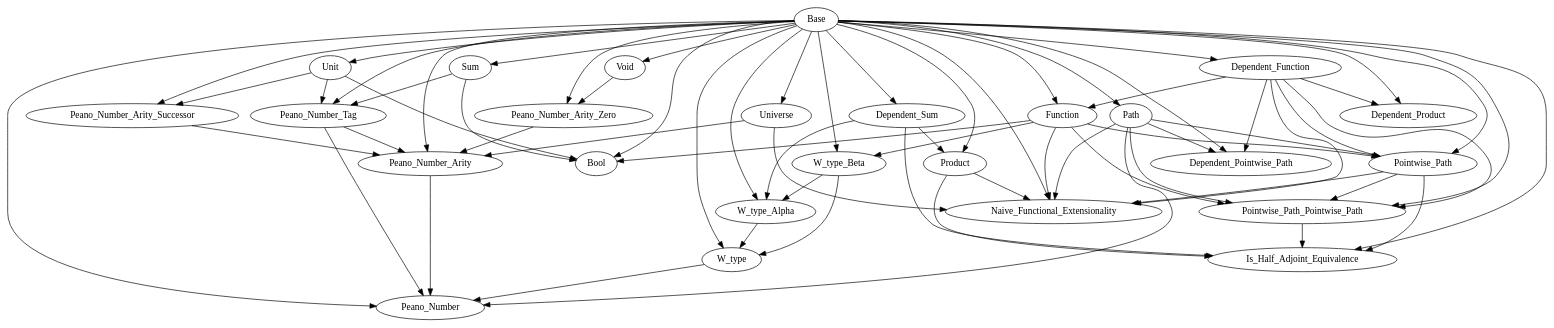
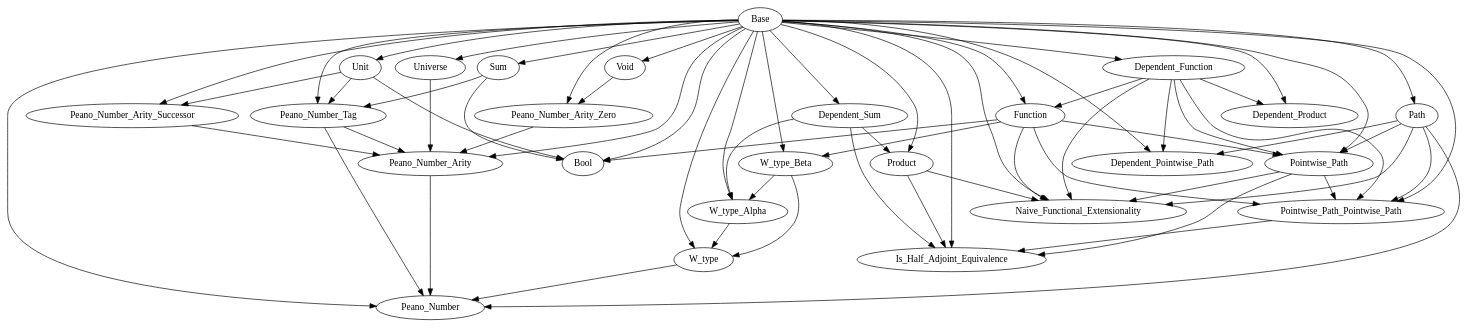
Before and after one commit to Hexirp/googology-in-coq: the diagram in libraries/dependencies.gv, drawn with Graphviz. The commit also changed 1 other file, not shown here.

Commit message:
Clear: Naive_Functional_Extensionality を

```diff
--- a/libraries/dependencies.gv
+++ b/libraries/dependencies.gv
@@ -1,93 +1,92 @@
 digraph Dependencies {
   # Base
   # Dependent_Function
   "Base" -> "Dependent_Function";
   # Function
   "Base" -> "Function";
   "Dependent_Function" -> "Function";
   # Dependent_Product
   "Base" -> "Dependent_Product";
   "Dependent_Function" -> "Dependent_Product";
   # Dependent_Sum
   "Base" -> "Dependent_Sum";
   # Product
   "Base" -> "Product";
   "Dependent_Sum" -> "Product";
   # Sum
   "Base" -> "Sum";
   # Unit
   "Base" -> "Unit";
   # Void
   "Base" -> "Void";
   # W_type_Beta
   "Base" -> "W_type_Beta";
   "Function" -> "W_type_Beta";
   # W_type_Alpha
   "Base" -> "W_type_Alpha";
   "Dependent_Sum" -> "W_type_Alpha";
   "W_type_Beta" -> "W_type_Alpha";
   # W_type
   "Base" -> "W_type";
   "W_type_Alpha" -> "W_type";
   "W_type_Beta" -> "W_type";
   # Universe
   "Base" -> "Universe";
   # Path
   "Base" -> "Path";
   # Dependent_Pointwise_Path
   "Base" -> "Dependent_Pointwise_Path";
   "Dependent_Function" -> "Dependent_Pointwise_Path";
   "Path" -> "Dependent_Pointwise_Path";
   # Pointwise_Path
   "Base" -> "Pointwise_Path";
   "Dependent_Function" -> "Pointwise_Path";
   "Function" -> "Pointwise_Path";
   "Path" -> "Pointwise_Path";
   # Pointwise_Path_Pointwise_Path
   "Base" -> "Pointwise_Path_Pointwise_Path";
   "Dependent_Function" -> "Pointwise_Path_Pointwise_Path";
   "Function" -> "Pointwise_Path_Pointwise_Path";
   "Path" -> "Pointwise_Path_Pointwise_Path";
   "Pointwise_Path" -> "Pointwise_Path_Pointwise_Path";
   # Is_Half_Adjoint_Equivalence
   "Base" -> "Is_Half_Adjoint_Equivalence";
   "Dependent_Sum" -> "Is_Half_Adjoint_Equivalence";
   "Product" -> "Is_Half_Adjoint_Equivalence";
   "Pointwise_Path" -> "Is_Half_Adjoint_Equivalence";
   "Pointwise_Path_Pointwise_Path" -> "Is_Half_Adjoint_Equivalence";
   # Naive_Functional_Extensionality
   "Base" -> "Naive_Functional_Extensionality";
   "Dependent_Function" -> "Naive_Functional_Extensionality";
   "Function" -> "Naive_Functional_Extensionality";
   "Product" -> "Naive_Functional_Extensionality";
-  "Universe" -> "Naive_Functional_Extensionality";
   "Path" -> "Naive_Functional_Extensionality";
   "Pointwise_Path" -> "Naive_Functional_Extensionality";
   # Bool
   "Base" -> "Bool";
   "Function" -> "Bool";
   "Sum" -> "Bool";
   "Unit" -> "Bool";
   # Peano_Number_Tag
   "Base" -> "Peano_Number_Tag";
   "Sum" -> "Peano_Number_Tag";
   "Unit" -> "Peano_Number_Tag";
   # Peano_Number_Arity_Zero
   "Base" -> "Peano_Number_Arity_Zero";
   "Void" -> "Peano_Number_Arity_Zero";
   # Peano_Number_Arity_Successor
   "Base" -> "Peano_Number_Arity_Successor";
   "Unit" -> "Peano_Number_Arity_Successor";
   # Peano_Number_Arity
   "Base" -> "Peano_Number_Arity";
   "Universe" -> "Peano_Number_Arity";
   "Peano_Number_Tag" -> "Peano_Number_Arity";
   "Peano_Number_Arity_Zero" -> "Peano_Number_Arity";
   "Peano_Number_Arity_Successor" -> "Peano_Number_Arity";
   # Peano_Number
   "Base" -> "Peano_Number";
   "W_type" -> "Peano_Number";
   "Path" -> "Peano_Number";
   "Peano_Number_Tag" -> "Peano_Number";
   "Peano_Number_Arity" -> "Peano_Number";
 }
```
